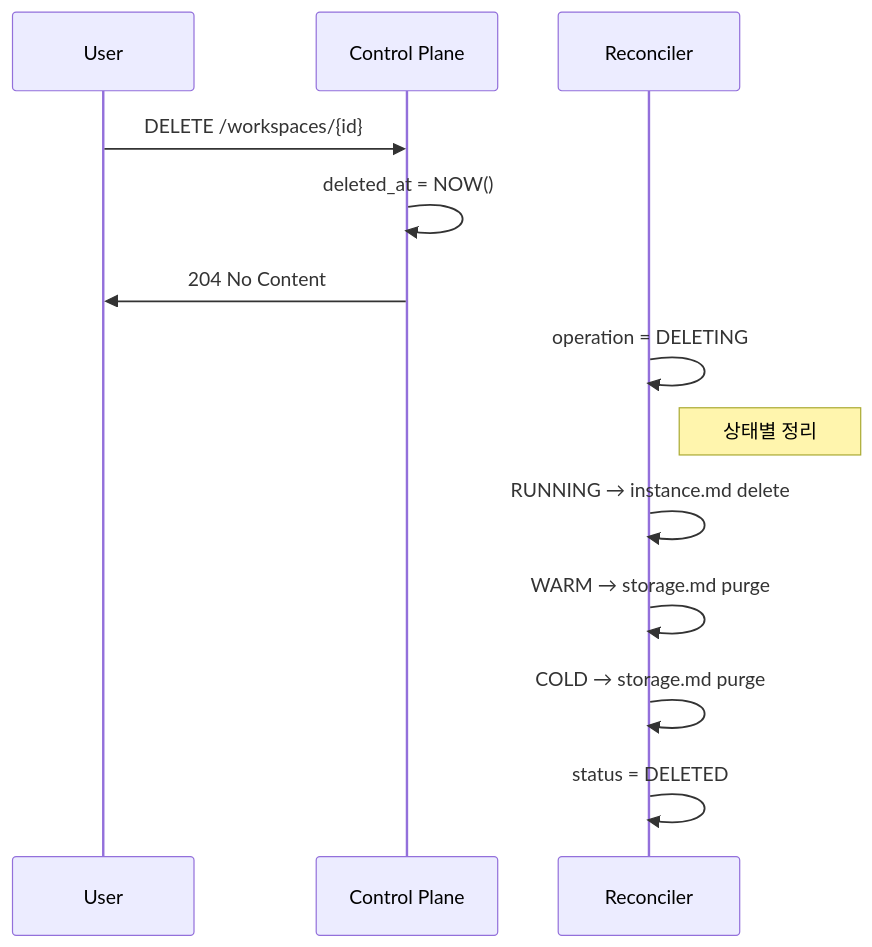
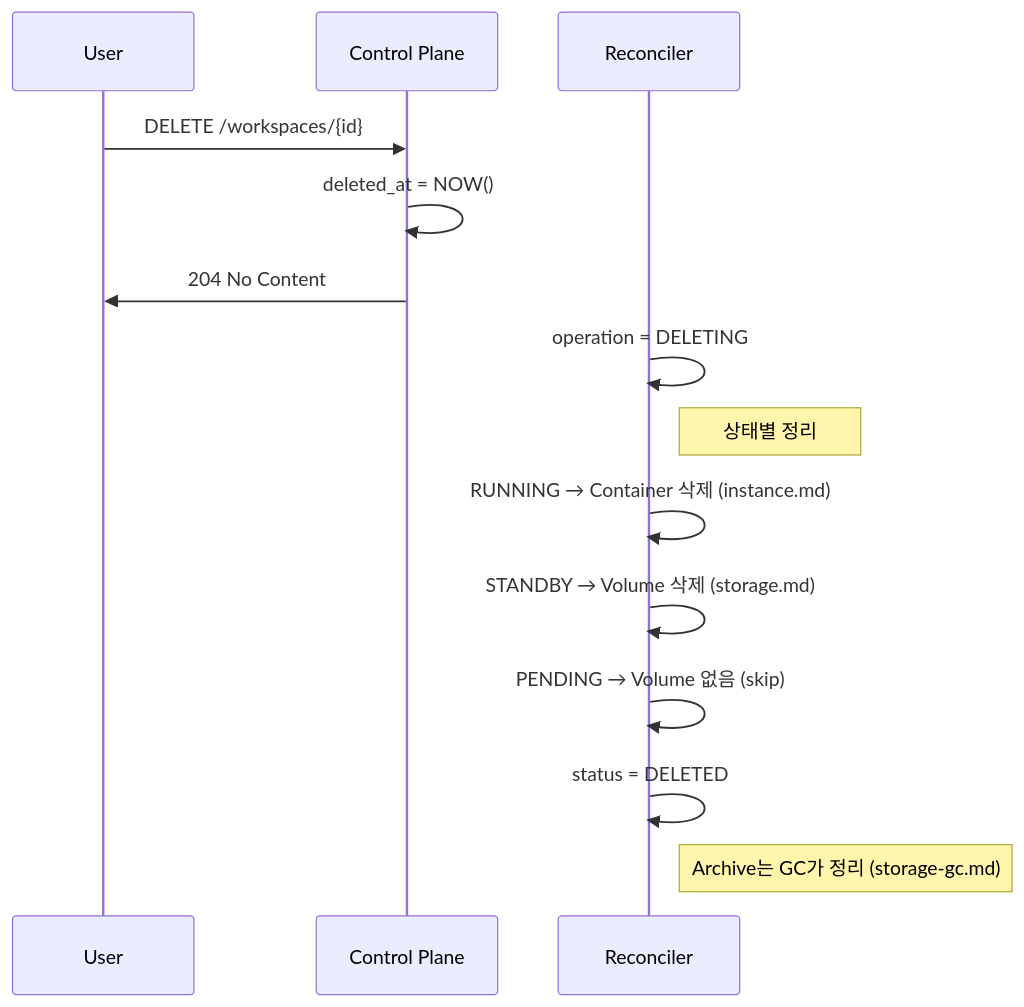
One commit to cagojeiger/code-hub changed the eighth of 9 diagrams in docs/spec_v2/flows.md. Above: the diagram before and after it, drawn with Mermaid. The commit also changed other lines of this file and 11 other files, not shown here.

````diff
--- a/docs/spec_v2/flows.md
+++ b/docs/spec_v2/flows.md
@@ -174,17 +184,18 @@
 ```mermaid
 sequenceDiagram
     participant U as User
     participant API as Control Plane
     participant R as Reconciler
 
     U->>API: DELETE /workspaces/{id}
     API->>API: deleted_at = NOW()
     API->>U: 204 No Content
 
     R->>R: operation = DELETING
     Note right of R: 상태별 정리
-    R->>R: RUNNING → instance.md delete
-    R->>R: WARM → storage.md purge
-    R->>R: COLD → storage.md purge
+    R->>R: RUNNING → Container 삭제 (instance.md)
+    R->>R: STANDBY → Volume 삭제 (storage.md)
+    R->>R: PENDING → Volume 없음 (skip)
     R->>R: status = DELETED
+    Note right of R: Archive는 GC가 정리 (storage-gc.md)
 ```
````
